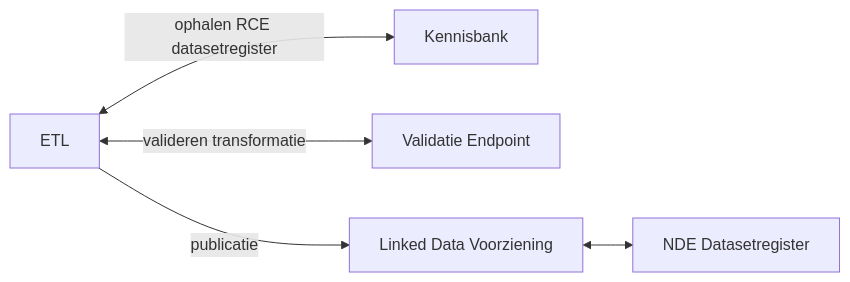
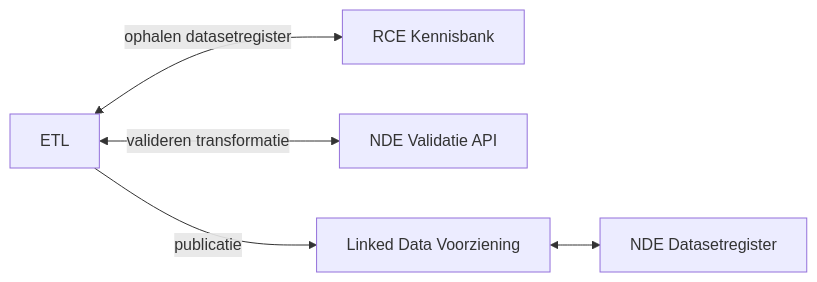
Before and after one commit to cultureelerfgoed/datacatalog-etl: the diagram in README.md, drawn with Mermaid. The commit also changed other lines of this file, not shown here.

Commit message:
Readme edit.

````diff
--- a/README.md
+++ b/README.md
@@ -8,7 +8,7 @@
 ```mermaid
 graph LR;
-    ETL<--"ophalen RCE datasetregister"-->kb[Kennisbank];
-    ETL<--"valideren transformatie"-->vl[Validatie Endpoint];
+    ETL<--"ophalen datasetregister"-->kb[RCE Kennisbank];
+    ETL<--"valideren transformatie"-->vl[NDE Validatie API];
     ETL--"publicatie"-->ldv[Linked Data Voorziening];
     ldv<-->nde[NDE Datasetregister];
 ```
````
